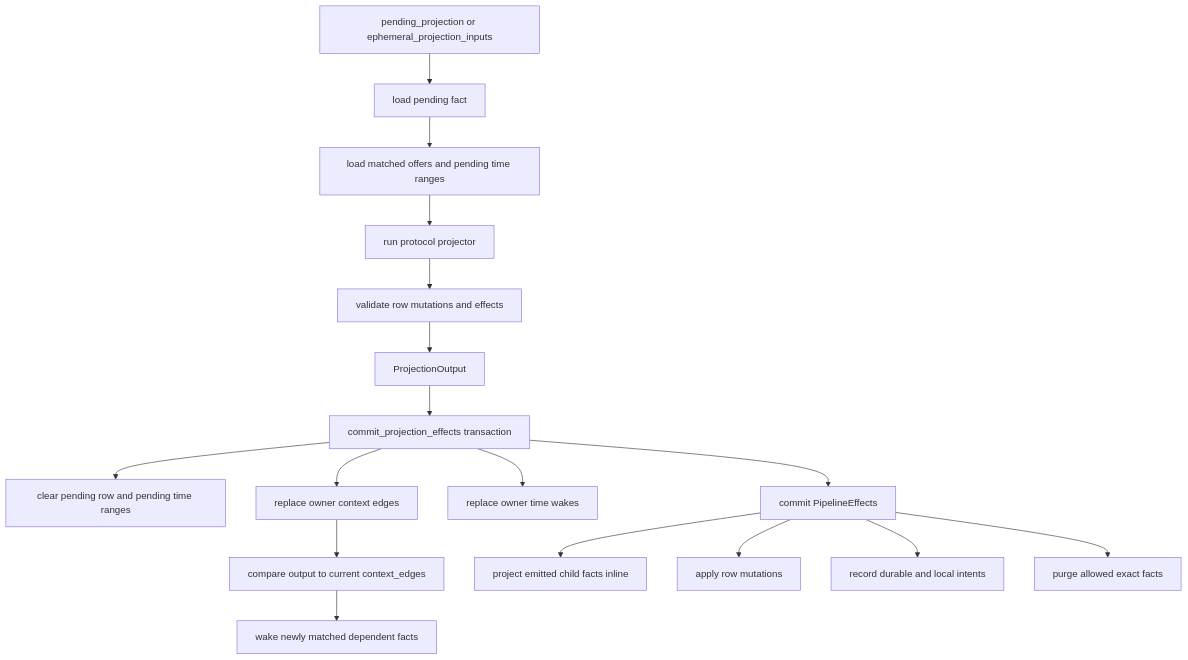
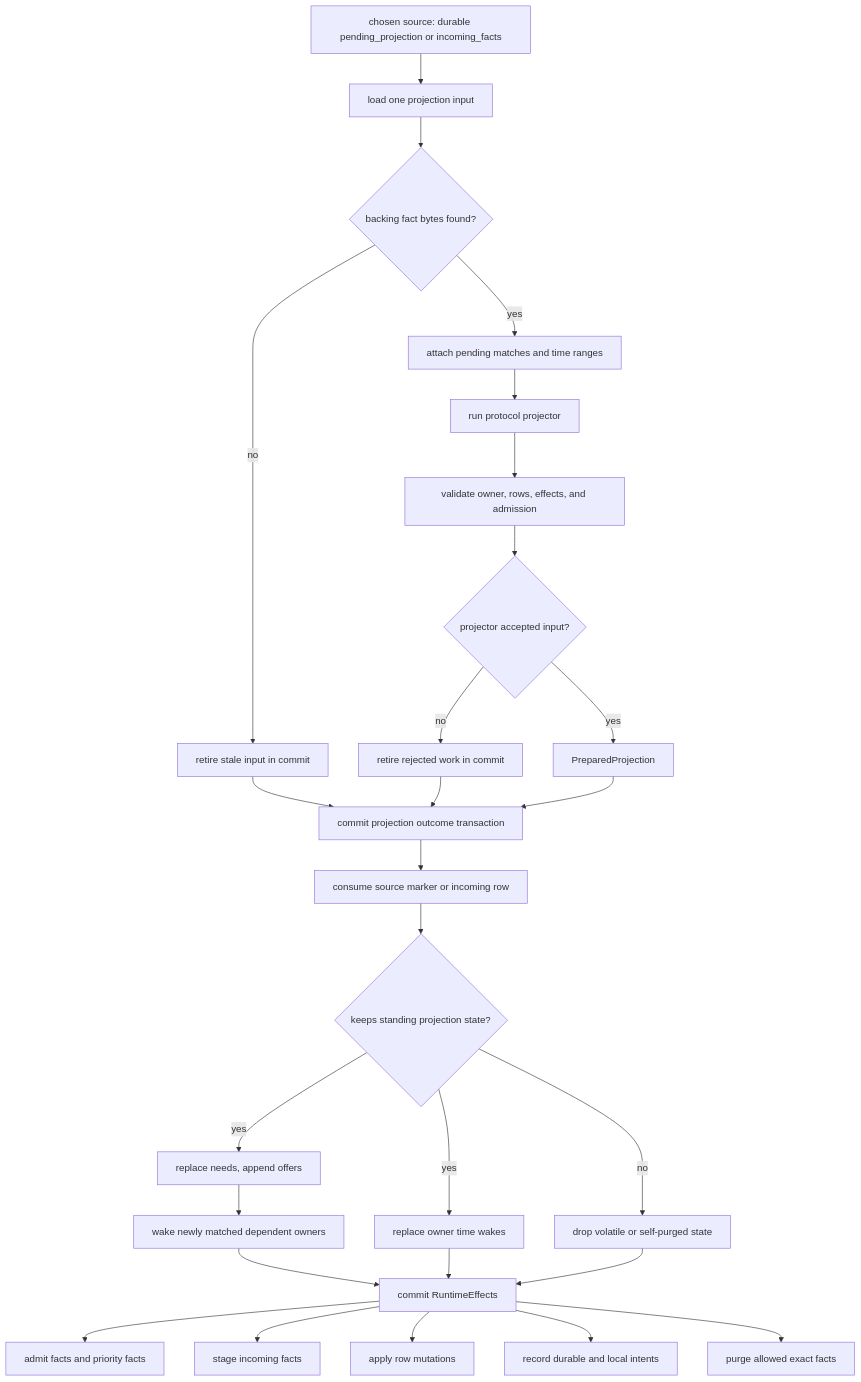
The first of 5 diagrams in ARCHITECTURE_DIAGRAMS_ALT.md (holmesworcester/poc-10), drawn with Mermaid before and after one commit. The commit also changed other lines of this file and 1 other file, not shown here.

Commit message:
Update architecture diagrams for simplified runtime queues

````diff
--- a/ARCHITECTURE_DIAGRAMS_ALT.md
+++ b/ARCHITECTURE_DIAGRAMS_ALT.md
@@ -15,22 +16,33 @@
 ```mermaid
 %%{init: {"flowchart": {"wrappingWidth": 300}} }%%
 flowchart TD
-    PENDING["pending_projection or ephemeral_projection_inputs"] --> LOAD["load pending fact"]
-    LOAD --> MATCHED["load matched offers and pending time ranges"]
-    MATCHED --> RUN["run protocol projector"]
-    RUN --> VALIDATE["validate row mutations and effects"]
-    VALIDATE --> OUTPUT["ProjectionOutput"]
+    SOURCE["chosen source: durable pending_projection or incoming_facts"] --> LOAD["load one projection input"]
+    LOAD --> FOUND{"backing fact bytes found?"}
+    FOUND -- no --> STALE["retire stale input in commit"]
+    FOUND -- yes --> CONTEXT["attach pending matches and time ranges"]
+    CONTEXT --> RUN["run protocol projector"]
+    RUN --> VALIDATE["validate owner, rows, effects, and admission"]
+    VALIDATE --> ACCEPTED{"projector accepted input?"}
+    ACCEPTED -- no --> REJECT["retire rejected work in commit"]
+    ACCEPTED -- yes --> PREPARED["PreparedProjection"]
 
-    OUTPUT --> COMMIT["commit_projection_effects transaction"]
-    COMMIT --> CLEAR["clear pending row and pending time ranges"]
-    COMMIT --> REPLACE_CONTEXT["replace owner context edges"]
-    REPLACE_CONTEXT --> DELTA["compare output to current context_edges"]
-    COMMIT --> REPLACE_WAKES["replace owner time wakes"]
-    DELTA --> WAKE["wake newly matched dependent facts"]
-    COMMIT --> EFFECTS["commit PipelineEffects"]
+    STALE --> COMMIT["commit projection outcome transaction"]
+    REJECT --> COMMIT
+    PREPARED --> COMMIT
 
-    EFFECTS --> CHILD_FACTS["project emitted child facts inline"]
+    COMMIT --> SOURCE_BOUNDARY["consume source marker or incoming row"]
+    SOURCE_BOUNDARY --> KEEP_STATE{"keeps standing projection state?"}
+    KEEP_STATE -- yes --> CONTEXT_STATE["replace needs, append offers"]
+    CONTEXT_STATE --> WAKE["wake newly matched dependent owners"]
+    KEEP_STATE -- yes --> TIME_STATE["replace owner time wakes"]
+    KEEP_STATE -- no --> DROP["drop volatile or self-purged state"]
+    WAKE --> EFFECTS["commit RuntimeEffects"]
+    TIME_STATE --> EFFECTS
+    DROP --> EFFECTS
+
+    EFFECTS --> FACTS["admit facts and priority facts"]
+    EFFECTS --> INCOMING["stage incoming facts"]
     EFFECTS --> ROWS["apply row mutations"]
     EFFECTS --> INTENTS["record durable and local intents"]
     EFFECTS --> PURGES["purge allowed exact facts"]
 ```
````
